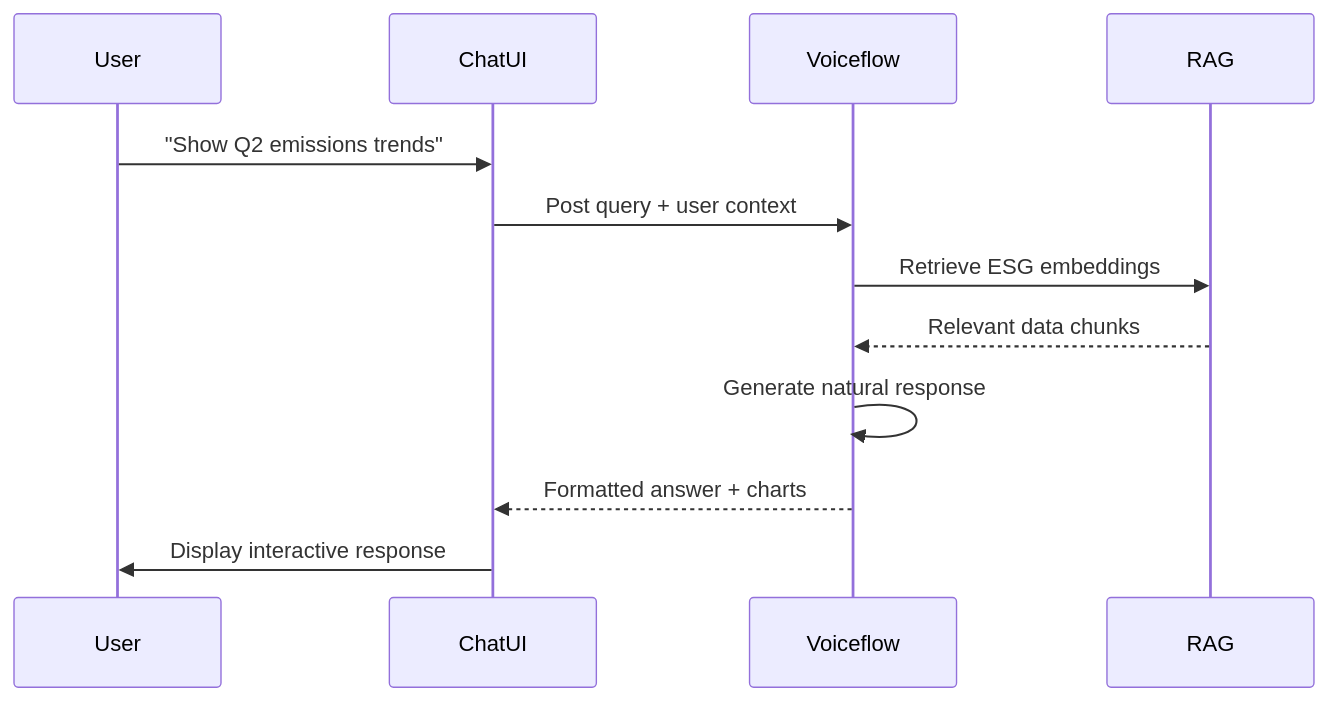
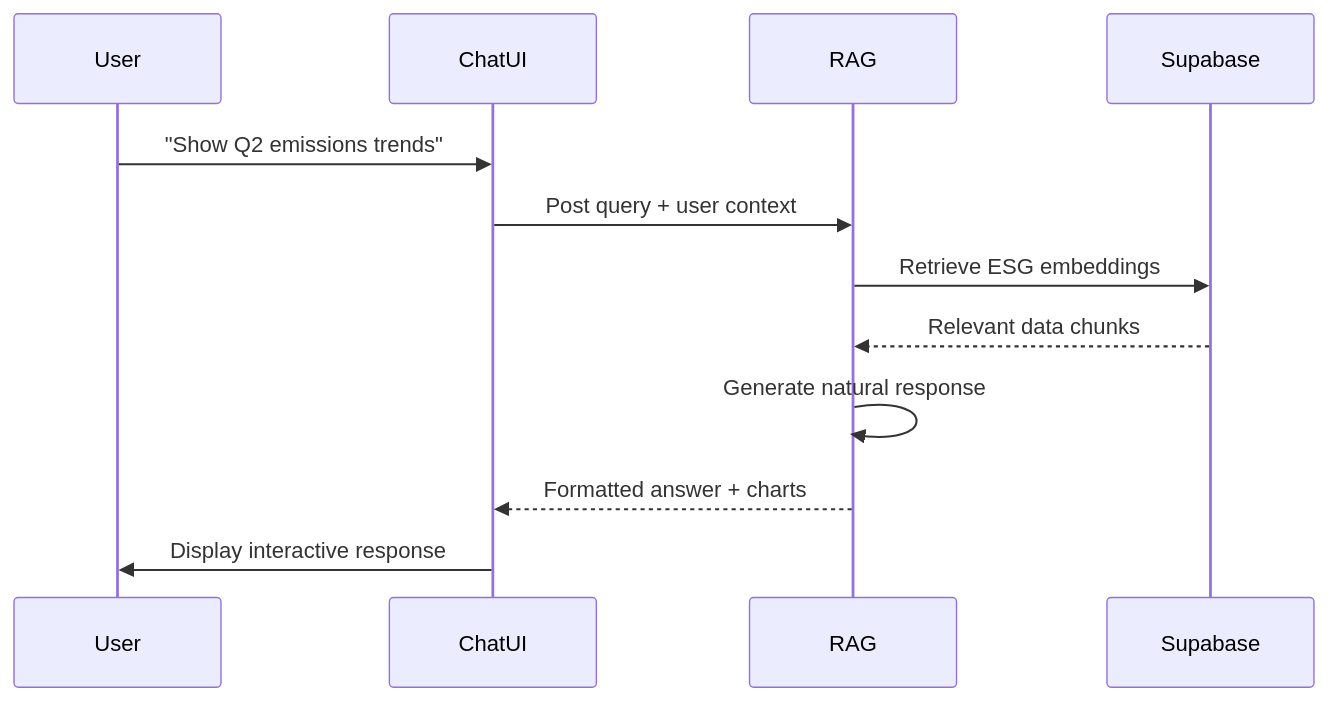
The fifth of 8 diagrams in documentation/frontend_guide.md (VenkateshShivandi/ESG_Reporting), drawn with Mermaid before and after one commit. The commit also changed other lines of this file, not shown here.

Commit message:
added documents

````diff
--- a/documentation/frontend_guide.md
+++ b/documentation/frontend_guide.md
@@ -127,16 +126,16 @@
 ```mermaid
 sequenceDiagram
   participant U as User
   participant C as ChatUI
-  participant V as Voiceflow
-  participant R as RAG
+  participant V as RAG
+  participant R as Supabase
 
   U->>C: "Show Q2 emissions trends"
   C->>V: Post query + user context
   V->>R: Retrieve ESG embeddings
   R-->>V: Relevant data chunks
   V->>V: Generate natural response
   V-->>C: Formatted answer + charts
   C->>U: Display interactive response
 
 ```
````
